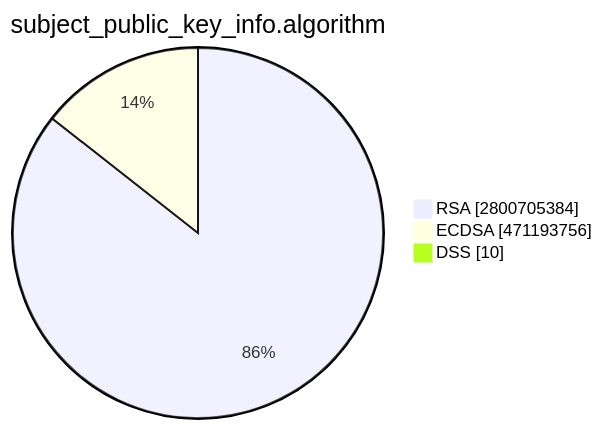
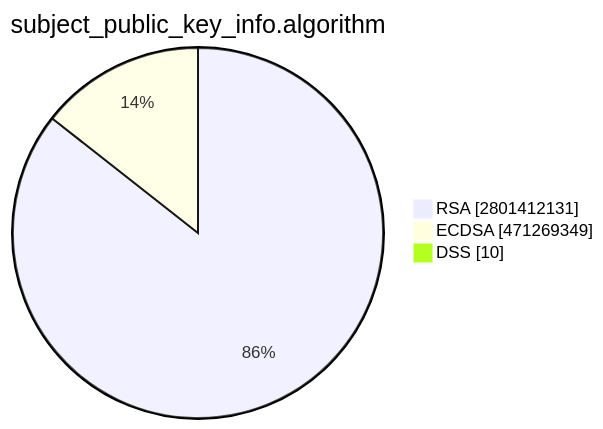
One commit to christiankrug/ctmonitor_visualization changed the second of 15 diagrams in TOTAL/README.md. Above: the diagram before and after it, drawn with Mermaid. The commit also changed other lines of this file, not shown here.

````diff
--- a/TOTAL/README.md
+++ b/TOTAL/README.md
@@ -6,7 +6,7 @@
 ```mermaid
 pie showData
 title subject_public_key_info.algorithm
-"RSA" :2800705384
-"ECDSA" :471193756
+"RSA" :2801412131
+"ECDSA" :471269349
 "DSS" :10
 ```
````
